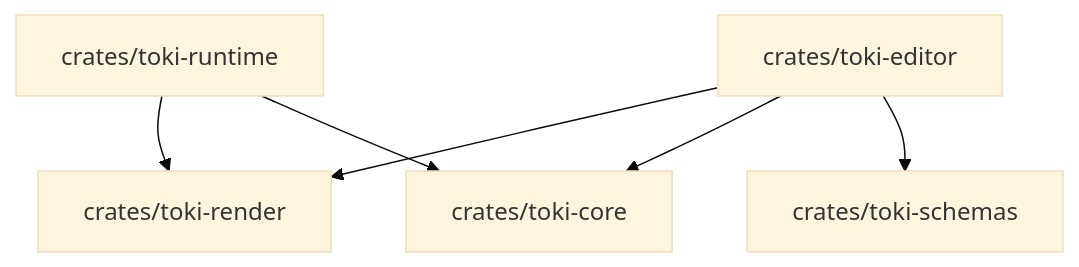
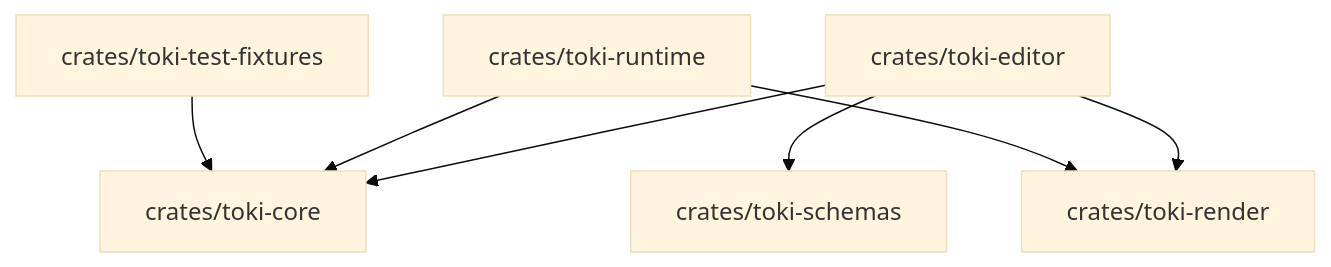
Before and after one commit to daredem0/ToKi: the third of 14 diagrams in docs/SDD_SAD.md, drawn with Mermaid (base theme). The commit also changed other lines of this file, not shown here.

````diff
--- a/docs/SDD_SAD.md
+++ b/docs/SDD_SAD.md
@@ -144,14 +148,16 @@
 ```mermaid
 flowchart TD
     SCHEMAS[crates/toki-schemas]
     CORE[crates/toki-core]
     RENDER[crates/toki-render]
     RUNTIME[crates/toki-runtime]
     EDITOR[crates/toki-editor]
+    FIXTURES[crates/toki-test-fixtures]
 
     EDITOR --> SCHEMAS
     EDITOR --> CORE
     EDITOR --> RENDER
     RUNTIME --> CORE
     RUNTIME --> RENDER
+    FIXTURES --> CORE
 ```
````
